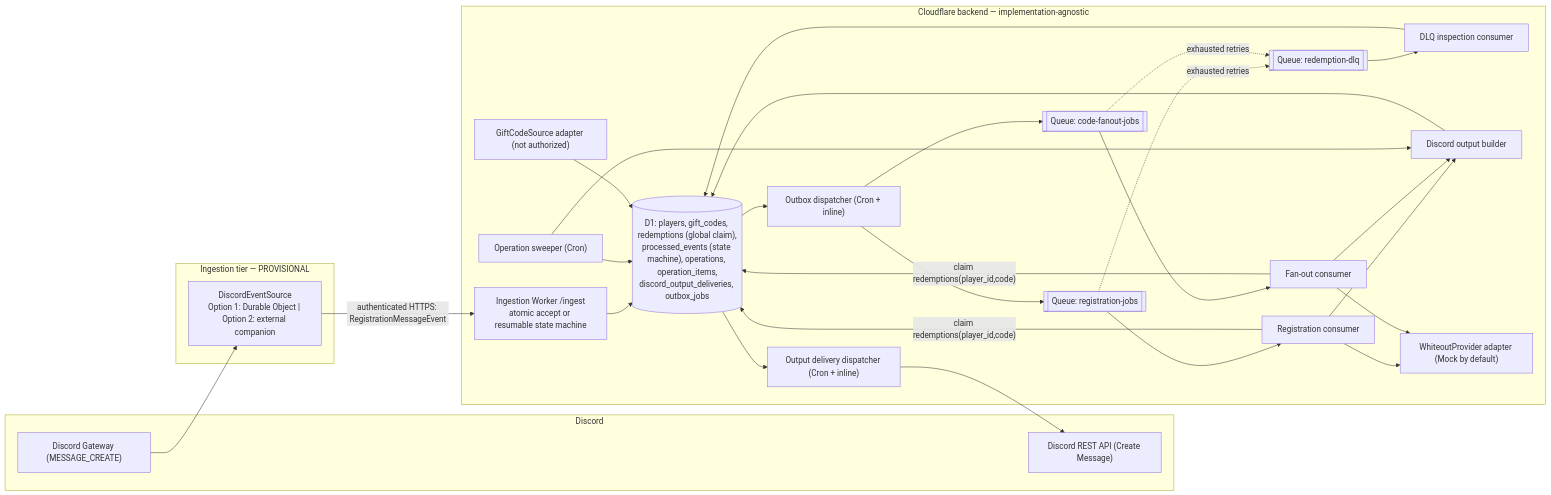
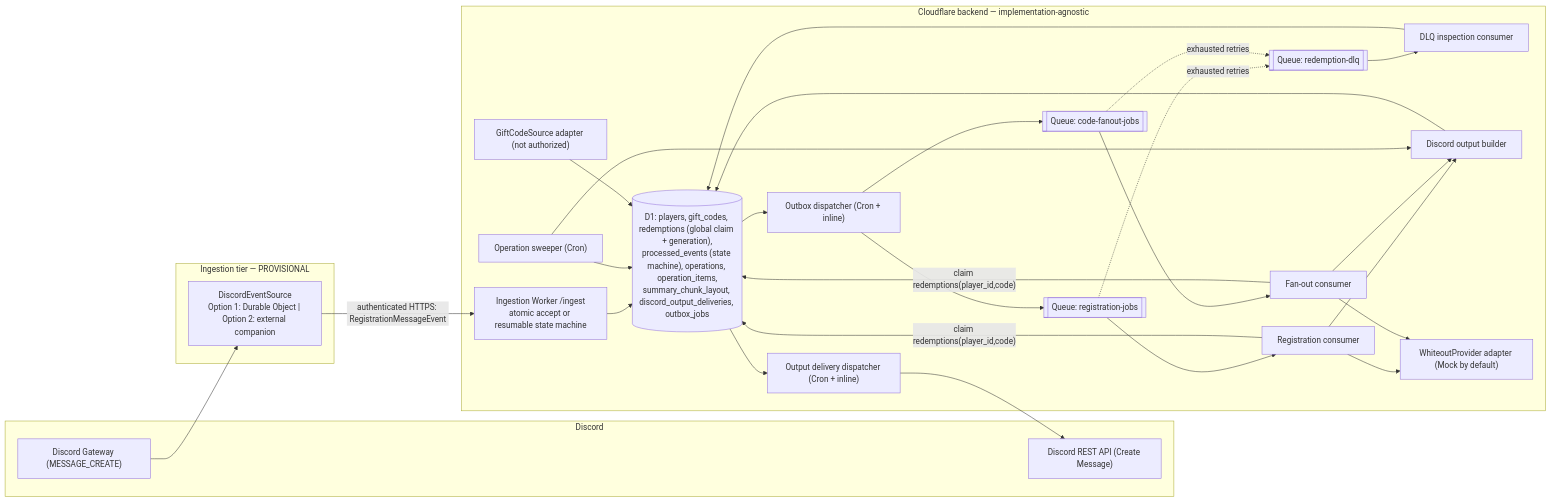
One commit to Tor-Production/wos-rewards-service changed the first of 2 diagrams in docs/architecture.md. Above: the diagram before and after it, drawn with Mermaid. The commit also changed other lines of this file and 2 other files, not shown here.

````diff
--- a/docs/architecture.md
+++ b/docs/architecture.md
@@ -69,52 +73,52 @@
 ```mermaid
 flowchart LR
   subgraph DISCORD["Discord"]
     GW["Discord Gateway (MESSAGE_CREATE)"]
     REST["Discord REST API (Create Message)"]
   end
 
   subgraph ING_TIER["Ingestion tier — PROVISIONAL"]
     SRC["DiscordEventSource<br/>Option 1: Durable Object | Option 2: external companion"]
   end
 
   subgraph CF["Cloudflare backend — implementation-agnostic"]
     ING["Ingestion Worker /ingest<br/>atomic accept or resumable state machine"]
-    D1[("D1: players, gift_codes, redemptions (global claim),<br/>processed_events (state machine), operations, operation_items,<br/>discord_output_deliveries, outbox_jobs")]
+    D1[("D1: players, gift_codes, redemptions (global claim + generation),<br/>processed_events (state machine), operations, operation_items,<br/>summary_chunk_layout, discord_output_deliveries, outbox_jobs")]
     DISP["Outbox dispatcher (Cron + inline)"]
     Q1[["Queue: registration-jobs"]]
     Q2[["Queue: code-fanout-jobs"]]
     DLQ[["Queue: redemption-dlq"]]
     RC["Registration consumer"]
     FC["Fan-out consumer"]
     DLC["DLQ inspection consumer"]
     SWEEP["Operation sweeper (Cron)"]
     OUTD["Output delivery dispatcher (Cron + inline)"]
     OUT["Discord output builder"]
     PROV["WhiteoutProvider adapter (Mock by default)"]
     GCS["GiftCodeSource adapter (not authorized)"]
   end
 
   GW --> SRC
   SRC -->|"authenticated HTTPS: RegistrationMessageEvent"| ING
   ING --> D1
   D1 --> DISP
   DISP --> Q1
   DISP --> Q2
   Q1 --> RC
   Q2 --> FC
   RC -->|"claim redemptions(player_id,code)"| D1
   FC -->|"claim redemptions(player_id,code)"| D1
   RC --> PROV
   FC --> PROV
   Q1 -. "exhausted retries" .-> DLQ
   Q2 -. "exhausted retries" .-> DLQ
   DLQ --> DLC --> D1
   SWEEP --> D1
   RC --> OUT
   FC --> OUT
   SWEEP --> OUT
   OUT --> D1
   D1 --> OUTD
   OUTD --> REST
   GCS --> D1
 ```
````
